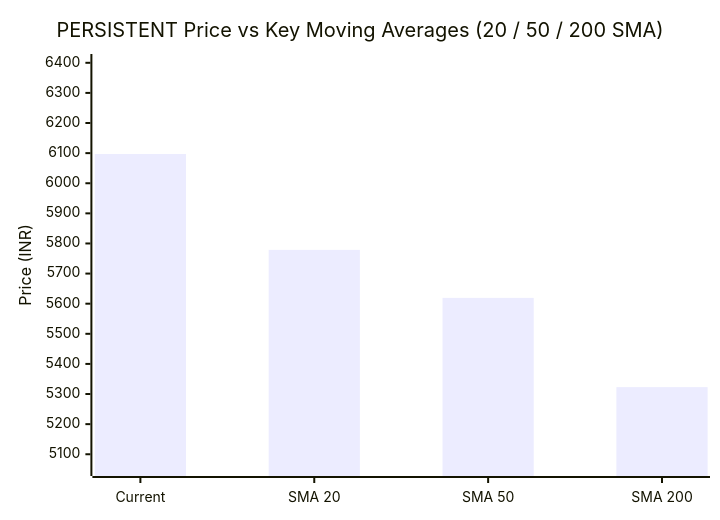
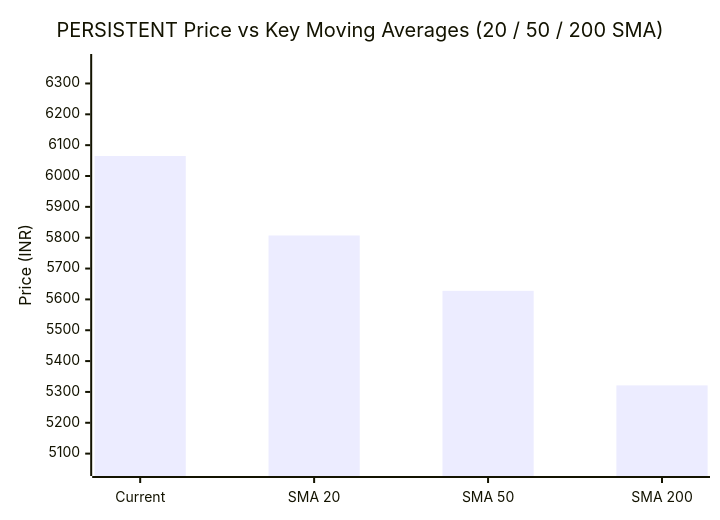
One commit to purnareddy9/dev changed the second of 2 diagrams in market-intelligence/stocks/PERSISTENT/latest.md. Above: the diagram before and after it, drawn with Mermaid. The commit also changed other lines of this file and 4 other files, not shown here.

````diff
--- a/market-intelligence/stocks/PERSISTENT/latest.md
+++ b/market-intelligence/stocks/PERSISTENT/latest.md
@@ -52,7 +52,7 @@
 ```mermaid
 xychart-beta
     title "PERSISTENT Price vs Key Moving Averages (20 / 50 / 200 SMA)"
     x-axis ["Current", "SMA 20", "SMA 50", "SMA 200"]
-    y-axis "Price (INR)" 5056 --> 6401
-    bar [6097.0, 5778.8, 5619.24, 5322.88]
+    y-axis "Price (INR)" 5055 --> 6368
+    bar [6065.0, 5807.15, 5627.7, 5321.28]
 ```
````
